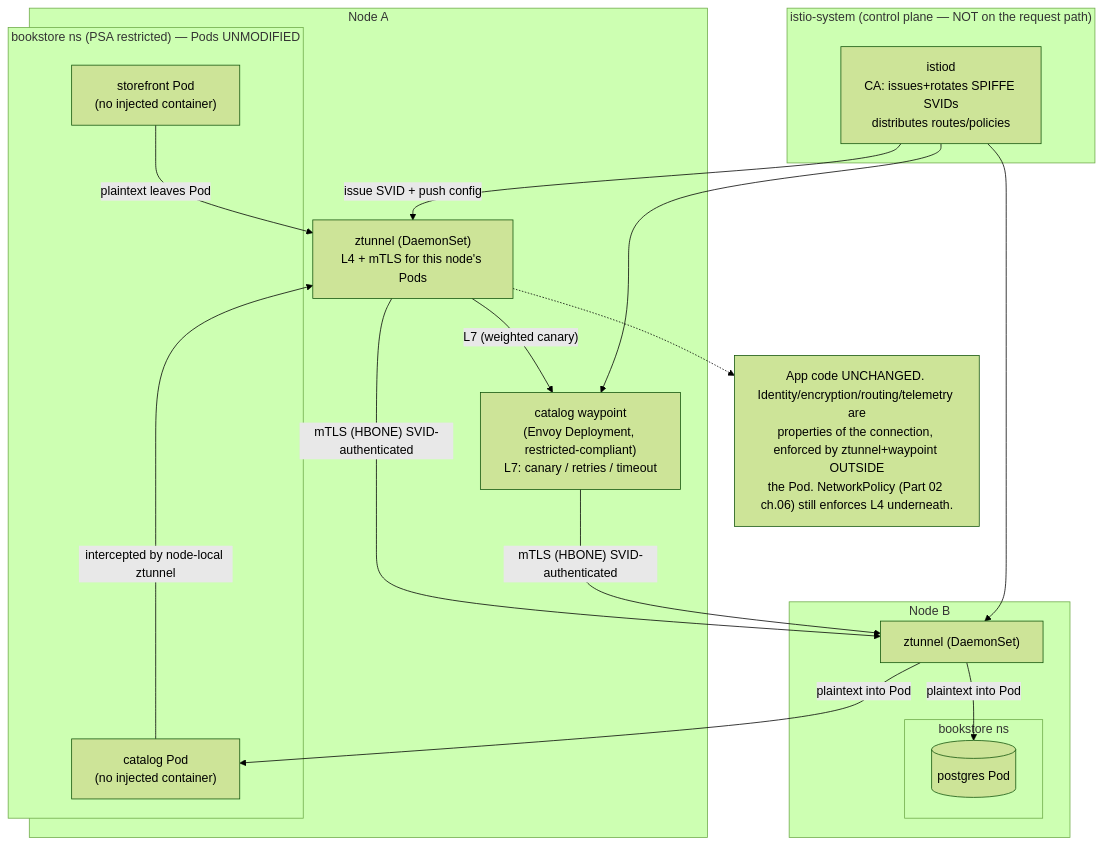
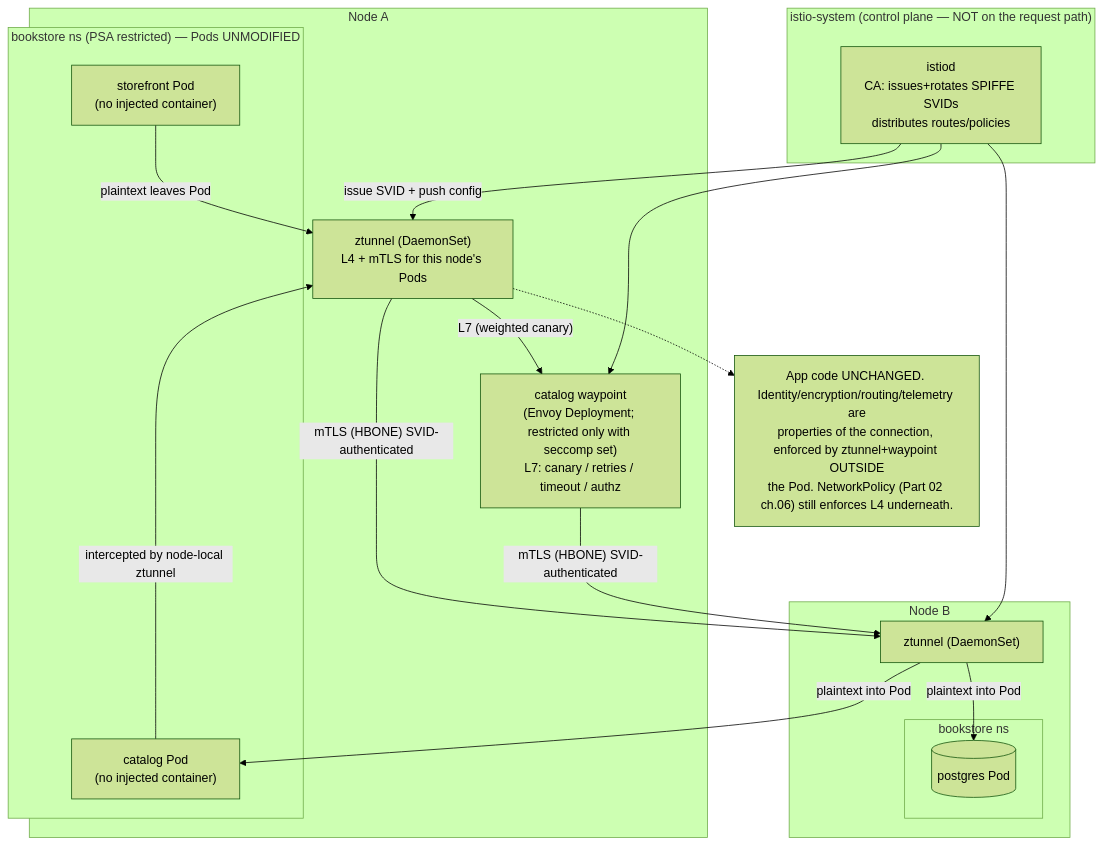
One commit to abd-ulbasit/bookstore-kubernetes-guide changed the diagram in full-guide/11-advanced-production-patterns/04-service-mesh.md. Above: the diagram before and after it, drawn with Mermaid (forest theme). The commit also changed other lines of this file and 7 other files, not shown here.

````diff
--- a/full-guide/11-advanced-production-patterns/04-service-mesh.md
+++ b/full-guide/11-advanced-production-patterns/04-service-mesh.md
@@ -127,35 +147,35 @@
 ```mermaid
 flowchart TB
     subgraph cp["istio-system (control plane — NOT on the request path)"]
         istiod["istiod<br/>CA: issues+rotates SPIFFE SVIDs<br/>distributes routes/policies"]
     end
 
     subgraph nodeA["Node A"]
         zta["ztunnel (DaemonSet)<br/>L4 + mTLS for this node's Pods"]
         subgraph bsA["bookstore ns (PSA restricted) — Pods UNMODIFIED"]
             sf["storefront Pod<br/>(no injected container)"]
             cat["catalog Pod<br/>(no injected container)"]
         end
-        wp["catalog waypoint<br/>(Envoy Deployment, restricted-compliant)<br/>L7: canary / retries / timeout"]
+        wp["catalog waypoint<br/>(Envoy Deployment; restricted only with seccomp set)<br/>L7: canary / retries / timeout / authz"]
     end
 
     subgraph nodeB["Node B"]
         ztb["ztunnel (DaemonSet)"]
         subgraph bsB["bookstore ns"]
             pg[("postgres Pod")]
         end
     end
 
     istiod -->|"issue SVID + push config"| zta
     istiod --> ztb
     istiod --> wp
     sf -->|"plaintext leaves Pod"| zta
     zta -->|"L7 (weighted canary)"| wp
     wp -->|"mTLS (HBONE) SVID-authenticated"| ztb
     ztb -->|"plaintext into Pod"| cat
     cat -->|"intercepted by node-local ztunnel"| zta
     zta -->|"mTLS (HBONE) SVID-authenticated"| ztb
     ztb -->|"plaintext into Pod"| pg
     note["App code UNCHANGED. Identity/encryption/routing/telemetry are<br/>properties of the connection, enforced by ztunnel+waypoint OUTSIDE<br/>the Pod. NetworkPolicy (Part 02 ch.06) still enforces L4 underneath."]
     zta -.-> note
 ```
````
